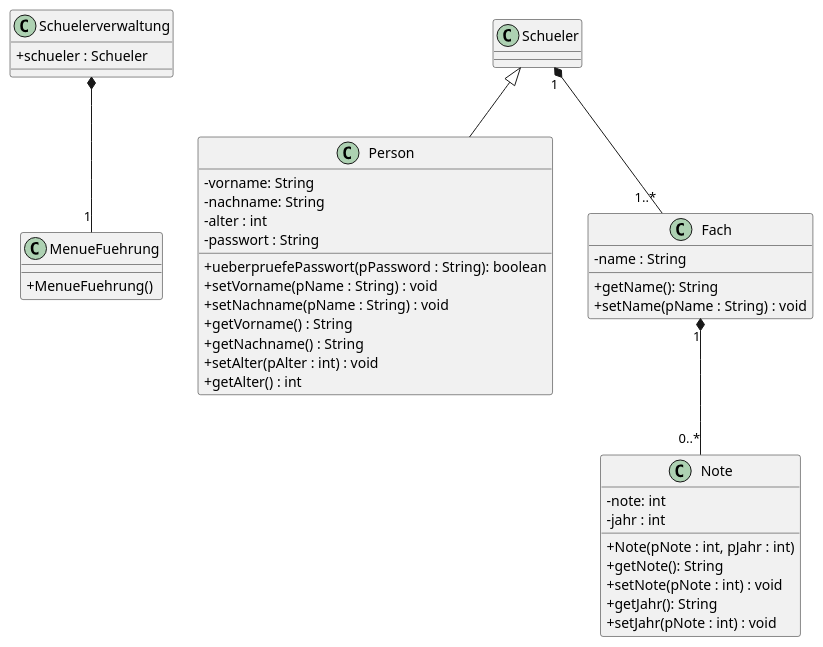
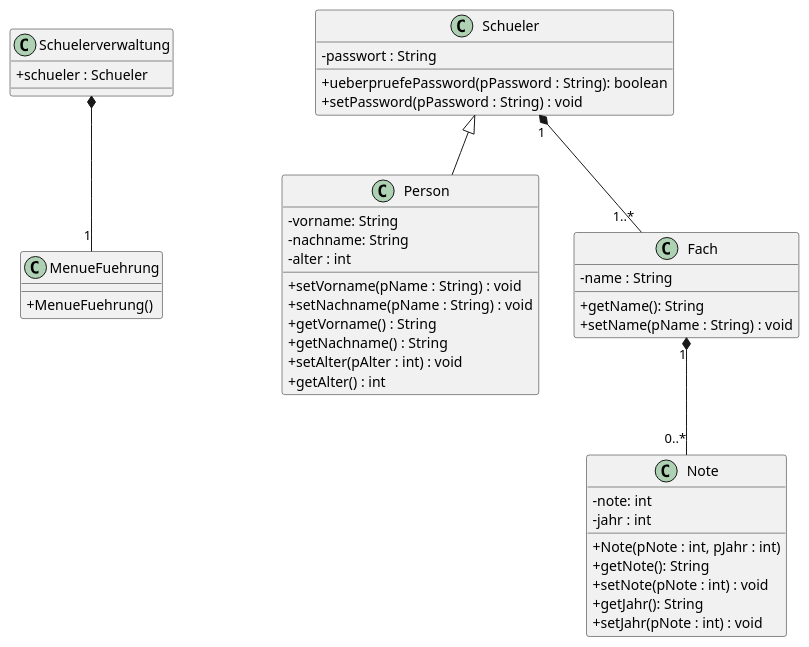
The diagram in Docs/Diagramme/Klassendiagramm.iuml (teach404W/agileProjekt_2_Java), drawn with PlantUML before and after one commit. The commit also changed 2 other files, not shown here.

```diff
--- a/Docs/Diagramme/Klassendiagramm.iuml
+++ b/Docs/Diagramme/Klassendiagramm.iuml
@@ -1,59 +1,59 @@
 @startuml
 skinparam classAttributeIconSize 0
 
 class Schuelerverwaltung{
  +schueler : Schueler
 }
 
 
 
 class MenueFuehrung{
  +MenueFuehrung()
 }
 
 class Person{
  -vorname: String
  -nachname: String
  -alter : int
- -passwort : String
- +ueberpruefePasswort(pPassword : String): boolean
  +setVorname(pName : String) : void
  +setNachname(pName : String) : void
  +getVorname() : String
  +getNachname() : String
  +setAlter(pAlter : int) : void
  +getAlter() : int
 }
 
 
 
 class Fach{
  -name : String
  +getName(): String
  +setName(pName : String) : void
 }
 
 class Note{
  -note: int
  -jahr : int
  +Note(pNote : int, pJahr : int)
  +getNote(): String
  +setNote(pNote : int) : void
  +getJahr(): String
  +setJahr(pNote : int) : void
 }
 
 
 
 
 class Schueler{
-
+  -passwort : String
+  +ueberpruefePassword(pPassword : String): boolean
+  +setPassword(pPassword : String) : void
 }
 
 
 Fach "1" *-- "0..*" Note
 Schuelerverwaltung  *-- "1" MenueFuehrung
 Schueler "1" *-- "1..*" Fach
 Schueler <|-- Person
 
 @enduml
```
